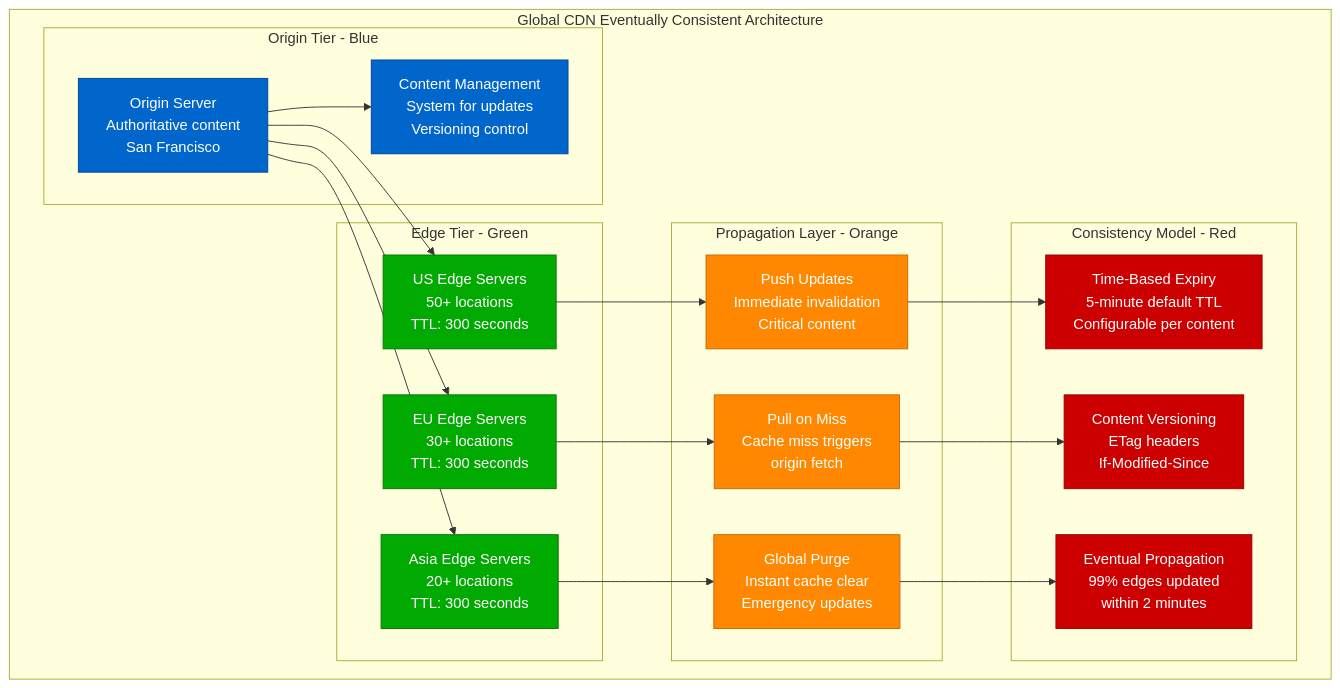
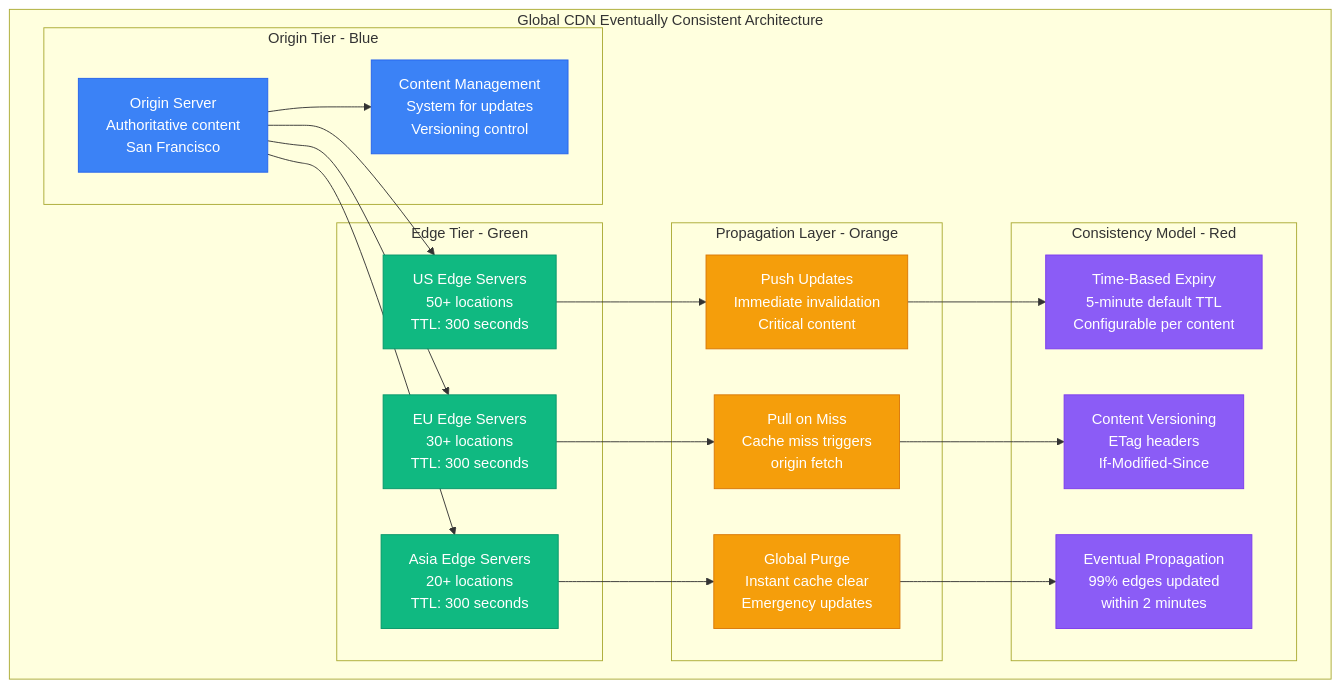
One commit to deepaucksharma/DS changed the seventh of 12 diagrams in site/docs/guarantees/eventual-consistency/eventual-consistency-examples.md. Above: the diagram before and after it, drawn with Mermaid. The commit also changed other lines of this file and 303 other files, not shown here.

````diff
--- a/site/docs/guarantees/eventual-consistency/eventual-consistency-examples.md
+++ b/site/docs/guarantees/eventual-consistency/eventual-consistency-examples.md
@@ -332,51 +332,51 @@
 ```mermaid
 graph TB
     subgraph CDNArchitecture[Global CDN Eventually Consistent Architecture]
         subgraph OriginTier[Origin Tier - Blue]
             Origin[Origin Server<br/>Authoritative content<br/>San Francisco]
             CMS[Content Management<br/>System for updates<br/>Versioning control]
         end
 
         subgraph EdgeTier[Edge Tier - Green]
             USEdge[US Edge Servers<br/>50+ locations<br/>TTL: 300 seconds]
             EUEdge[EU Edge Servers<br/>30+ locations<br/>TTL: 300 seconds]
             AsiaEdge[Asia Edge Servers<br/>20+ locations<br/>TTL: 300 seconds]
         end
 
         subgraph PropagationLayer[Propagation Layer - Orange]
             Push[Push Updates<br/>Immediate invalidation<br/>Critical content]
             Pull[Pull on Miss<br/>Cache miss triggers<br/>origin fetch]
             Purge[Global Purge<br/>Instant cache clear<br/>Emergency updates]
         end
 
         subgraph ConsistencyModel[Consistency Model - Red]
             TTL[Time-Based Expiry<br/>5-minute default TTL<br/>Configurable per content]
             Versioning[Content Versioning<br/>ETag headers<br/>If-Modified-Since]
             EventualProp[Eventual Propagation<br/>99% edges updated<br/>within 2 minutes]
         end
     end
 
     Origin --> CMS
 
     Origin --> USEdge
     Origin --> EUEdge
     Origin --> AsiaEdge
 
     USEdge --> Push
     EUEdge --> Pull
     AsiaEdge --> Purge
 
     Push --> TTL
     Pull --> Versioning
     Purge --> EventualProp
 
-    classDef originStyle fill:#0066CC,stroke:#004499,color:#fff
-    classDef edgeStyle fill:#00AA00,stroke:#007700,color:#fff
-    classDef propagationStyle fill:#FF8800,stroke:#CC6600,color:#fff
-    classDef consistencyStyle fill:#CC0000,stroke:#990000,color:#fff
+    classDef originStyle fill:#3B82F6,stroke:#2563EB,color:#fff
+    classDef edgeStyle fill:#10B981,stroke:#059669,color:#fff
+    classDef propagationStyle fill:#F59E0B,stroke:#D97706,color:#fff
+    classDef consistencyStyle fill:#8B5CF6,stroke:#7C3AED,color:#fff
 
     class Origin,CMS originStyle
     class USEdge,EUEdge,AsiaEdge edgeStyle
     class Push,Pull,Purge propagationStyle
     class TTL,Versioning,EventualProp consistencyStyle
 ```
````
